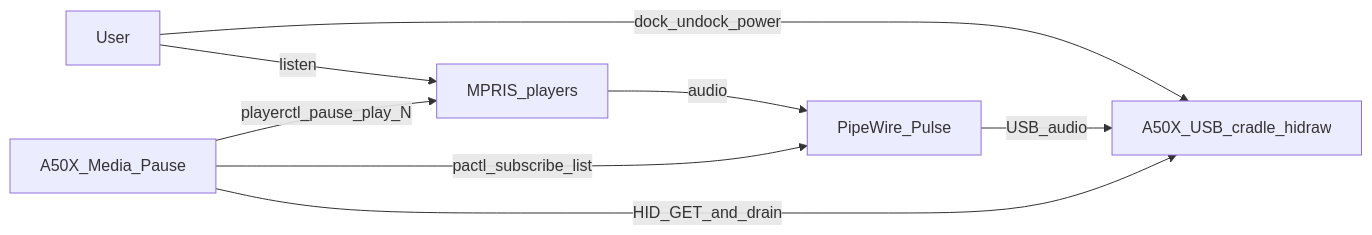
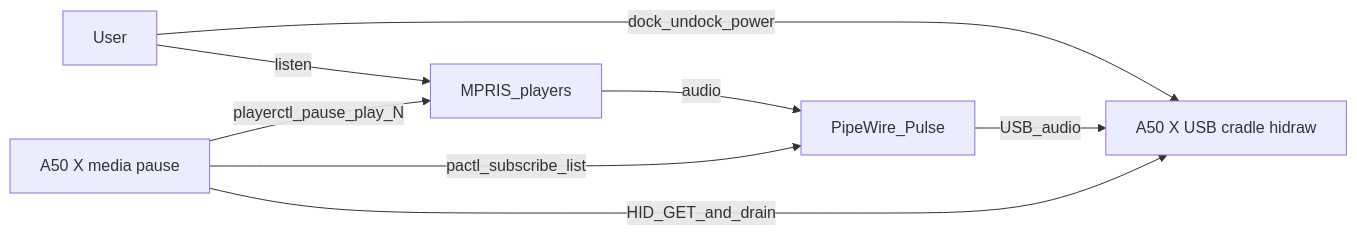
The first of 3 diagrams in docs/architecture/a50x-spotify-pause.md (alkitect/astro-a50x-media-pause), drawn with Mermaid before and after one commit. The commit also changed other lines of this file and 13 other files, not shown here.

````diff
--- a/docs/architecture/a50x-spotify-pause.md
+++ b/docs/architecture/a50x-spotify-pause.md
@@ -19,15 +19,15 @@
 ```mermaid
 flowchart LR
   user[User]
-  watcher[A50X_Media_Pause]
+  watcher["A50 X media pause"]
   mpris[MPRIS_players]
   pw[PipeWire_Pulse]
-  cradle[A50X_USB_cradle_hidraw]
+  cradle["A50 X USB cradle hidraw"]
   user -->|dock_undock_power| cradle
   user -->|listen| mpris
   watcher -->|playerctl_pause_play_N| mpris
   watcher -->|pactl_subscribe_list| pw
   mpris -->|audio| pw
   pw -->|USB_audio| cradle
   watcher -->|HID_GET_and_drain| cradle
 ```
````
